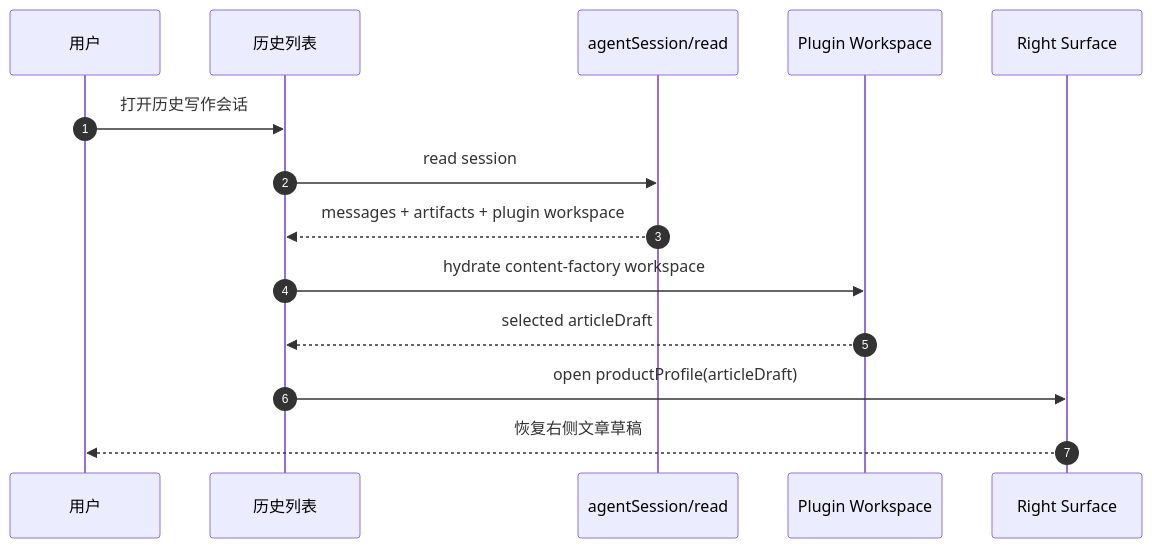
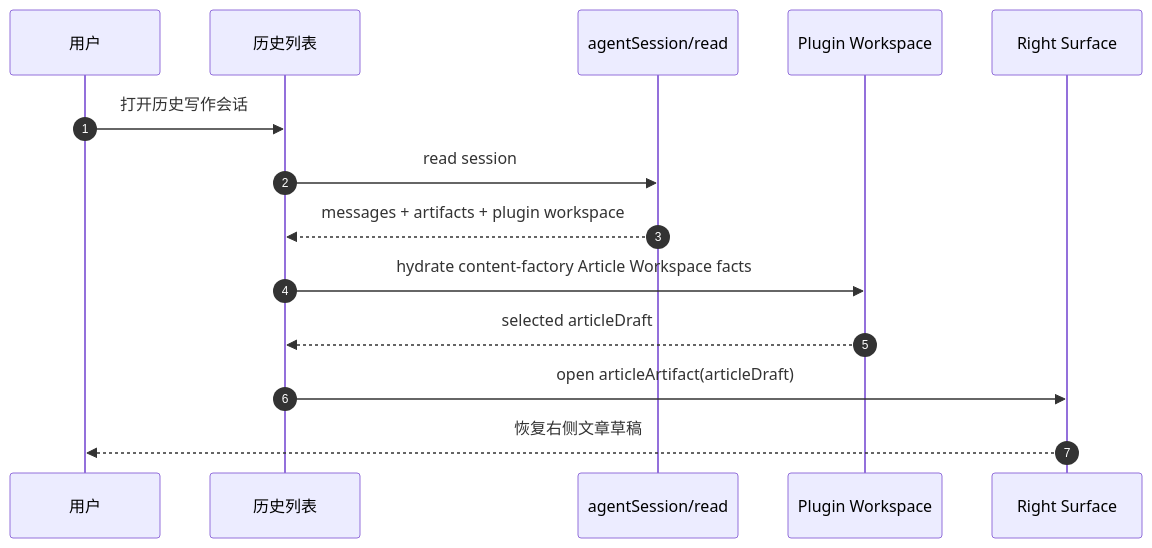
The fifth of 6 diagrams in internal/roadmap/Writing/sequence-diagrams.md (jiujuan/lime), drawn with Mermaid before and after one commit. The commit also changed other lines of this file and 458 other files, not shown here.

````diff
--- a/internal/roadmap/Writing/sequence-diagrams.md
+++ b/internal/roadmap/Writing/sequence-diagrams.md
@@ -98,17 +99,17 @@
 ```mermaid
 sequenceDiagram
   autonumber
   participant User as 用户
   participant Sidebar as 历史列表
   participant Runtime as agentSession/read
   participant Workspace as Plugin Workspace
   participant Surface as Right Surface
 
   User->>Sidebar: 打开历史写作会话
   Sidebar->>Runtime: read session
   Runtime-->>Sidebar: messages + artifacts + plugin workspace
-  Sidebar->>Workspace: hydrate content-factory workspace
+  Sidebar->>Workspace: hydrate content-factory Article Workspace facts
   Workspace-->>Sidebar: selected articleDraft
-  Sidebar->>Surface: open productProfile(articleDraft)
+  Sidebar->>Surface: open articleArtifact(articleDraft)
   Surface-->>User: 恢复右侧文章草稿
 ```
````
